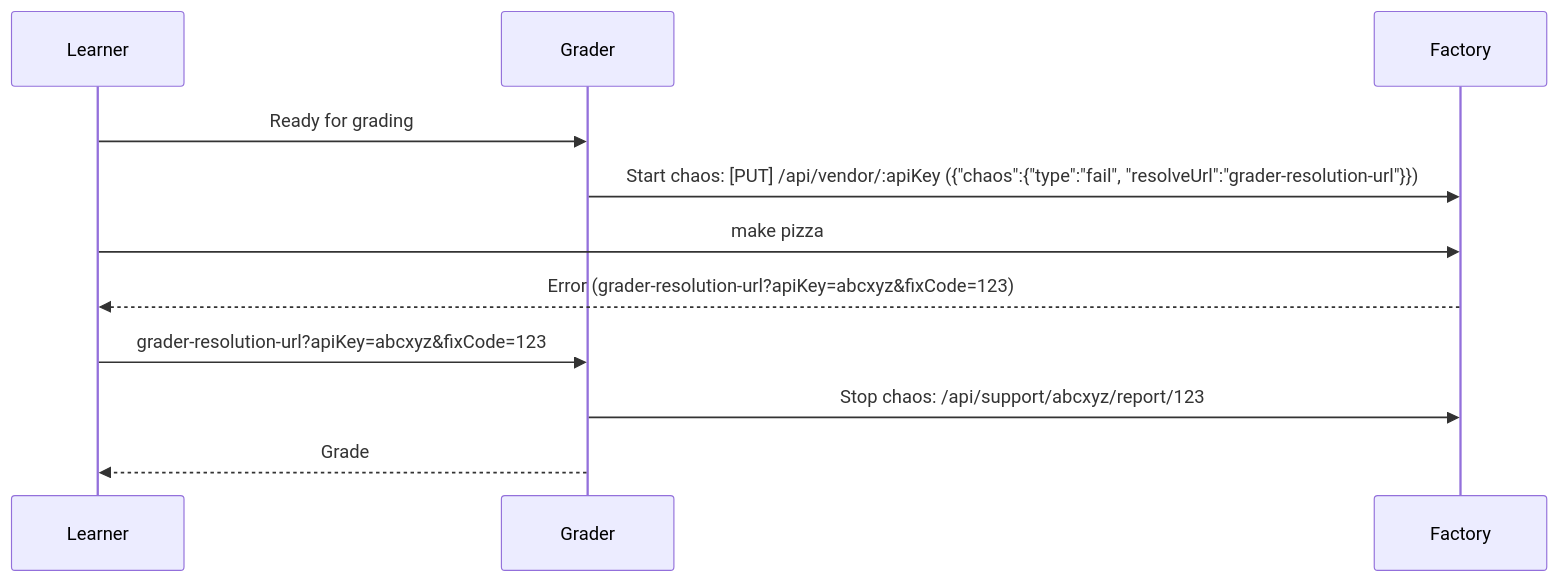
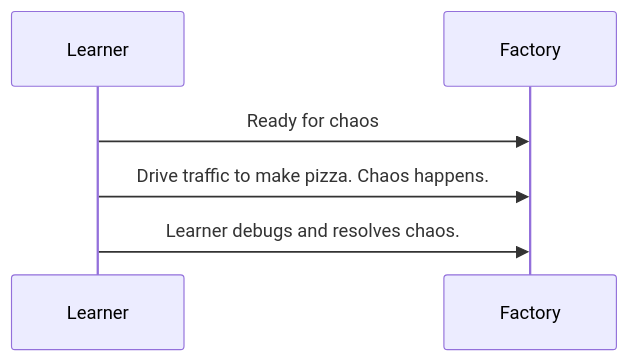
One commit to devops329/jwt-pizza-factory changed the diagram in README.md. Above: the diagram before and after it, drawn with Mermaid. The commit also changed other lines of this file and 2 other files, not shown here.

````diff
--- a/README.md
+++ b/README.md
@@ -21,13 +94,8 @@
 ```mermaid
 sequenceDiagram
     participant Learner
-    participant Grader
     participant Factory
-    Learner->>Grader: Ready for grading
-    Grader->>Factory:Start chaos:  [PUT] /api/vendor/:apiKey ({"chaos":{"type":"fail", "resolveUrl":"grader-resolution-url"}})
-    Learner->>Factory: make pizza
-    Factory-->>Learner: Error (grader-resolution-url?apiKey=abcxyz&fixCode=123)
-    Learner->>Grader: grader-resolution-url?apiKey=abcxyz&fixCode=123
-    Grader->>Factory:Stop chaos: /api/support/abcxyz/report/123
-    Grader-->>Learner: Grade
+    Learner->>Factory: Ready for chaos
+    Learner->>Factory: Drive traffic to make pizza. Chaos happens.
+    Learner->>Factory: Learner debugs and resolves chaos.
 ```
````
